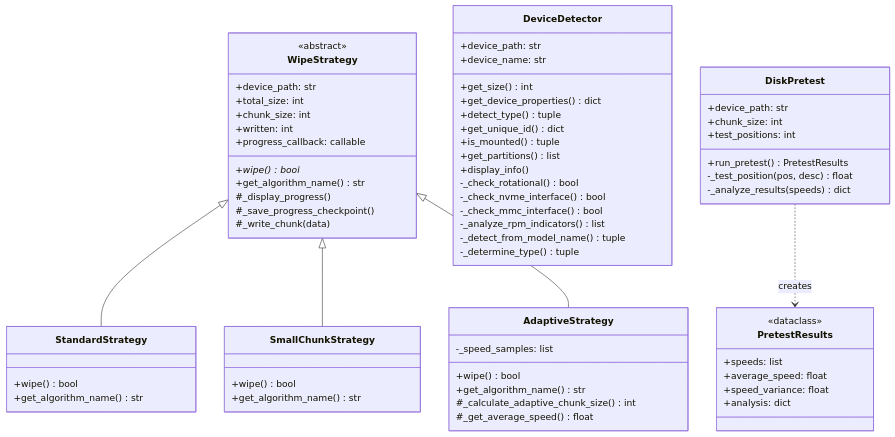
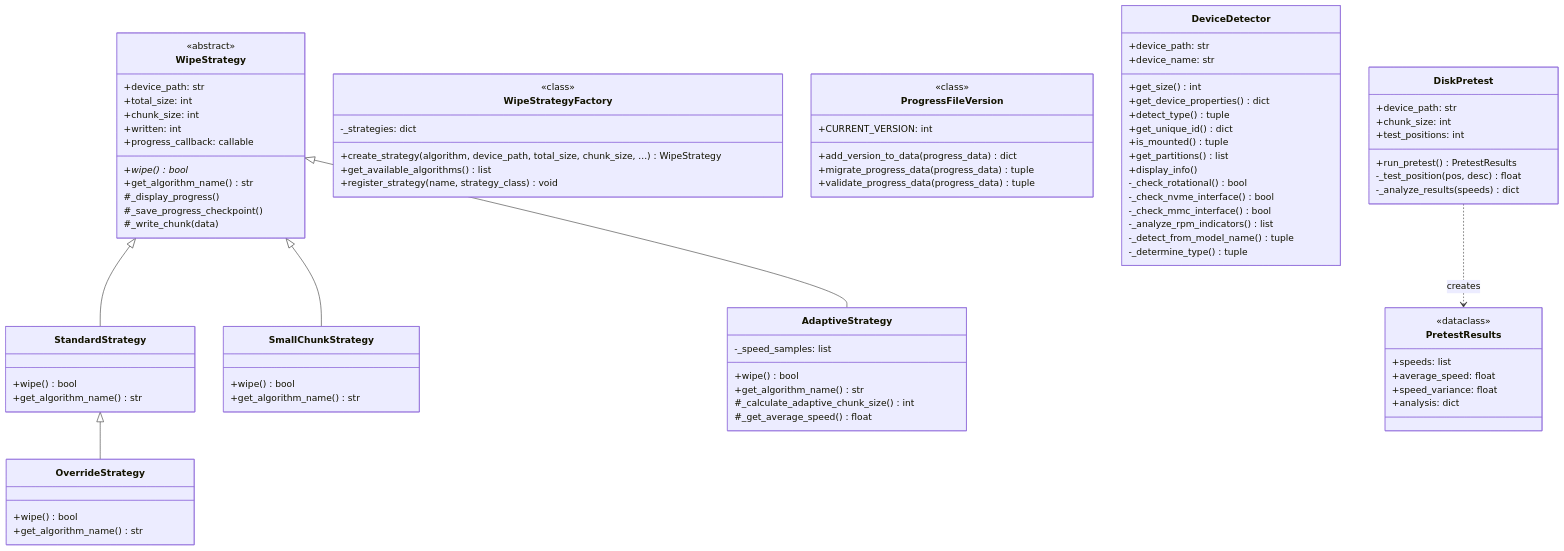
Before and after one commit to cscortes/wipeit: the first of 2 diagrams in DOCS/ARCH.md, drawn with Mermaid. The commit also changed other lines of this file and 13 other files, not shown here.

````diff
--- a/DOCS/ARCH.md
+++ b/DOCS/ARCH.md
@@ -80,6 +85,27 @@
         +get_algorithm_name() str
         #_calculate_adaptive_chunk_size() int
         #_get_average_speed() float
+    }
+
+    class OverrideStrategy {
+        +wipe() bool
+        +get_algorithm_name() str
+    }
+
+    class WipeStrategyFactory {
+        <<class>>
+        +create_strategy(algorithm, device_path, total_size, chunk_size, ...) WipeStrategy
+        +get_available_algorithms() list
+        +register_strategy(name, strategy_class) void
+        -_strategies: dict
+    }
+
+    class ProgressFileVersion {
+        <<class>>
+        +CURRENT_VERSION: int
+        +add_version_to_data(progress_data) dict
+        +migrate_progress_data(progress_data) tuple
+        +validate_progress_data(progress_data) tuple
     }
 
     class DeviceDetector {
@@ -121,5 +147,6 @@
     WipeStrategy <|-- StandardStrategy
     WipeStrategy <|-- SmallChunkStrategy
     WipeStrategy <|-- AdaptiveStrategy
+    StandardStrategy <|-- OverrideStrategy
     DiskPretest ..> PretestResults : creates
 ```
````
